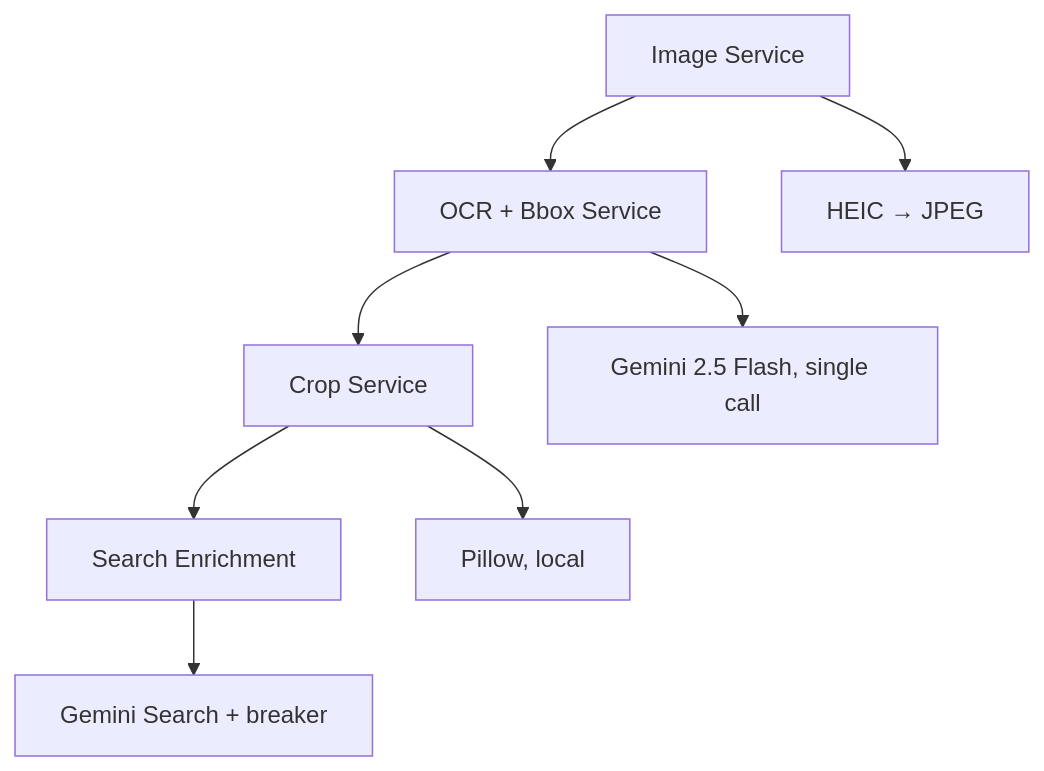
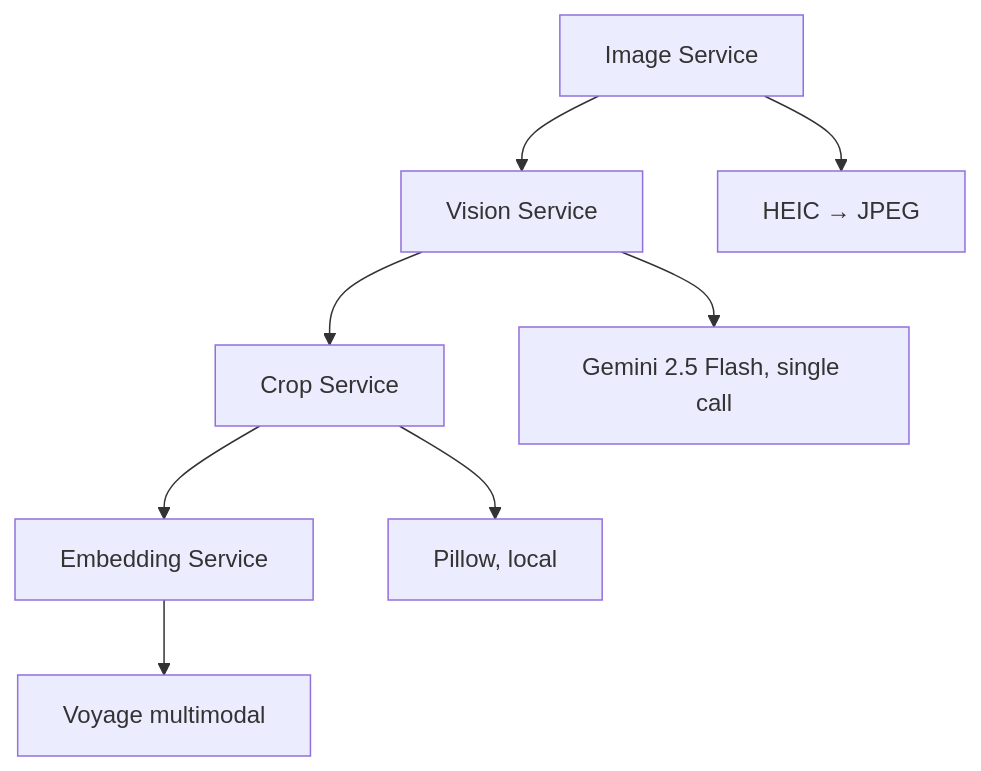
The diagram in services/overview.mdx (entropi-so/docs), drawn with Mermaid before and after one commit. The commit also changed other lines of this file and 26 other files, not shown here.

````diff
--- a/services/overview.mdx
+++ b/services/overview.mdx
@@ -43,11 +43,11 @@
 ```mermaid
 graph TD
-    A[Image Service] --> B[OCR + Bbox Service]
+    A[Image Service] --> B[Vision Service]
     B --> C[Crop Service]
-    C --> D[Search Enrichment]
+    C --> D[Embedding Service]
 
     A --> A1[HEIC → JPEG]
     B --> B1[Gemini 2.5 Flash, single call]
     C --> C1[Pillow, local]
-    D --> D1[Gemini Search + breaker]
+    D --> D1[Voyage multimodal]
 ```
````
